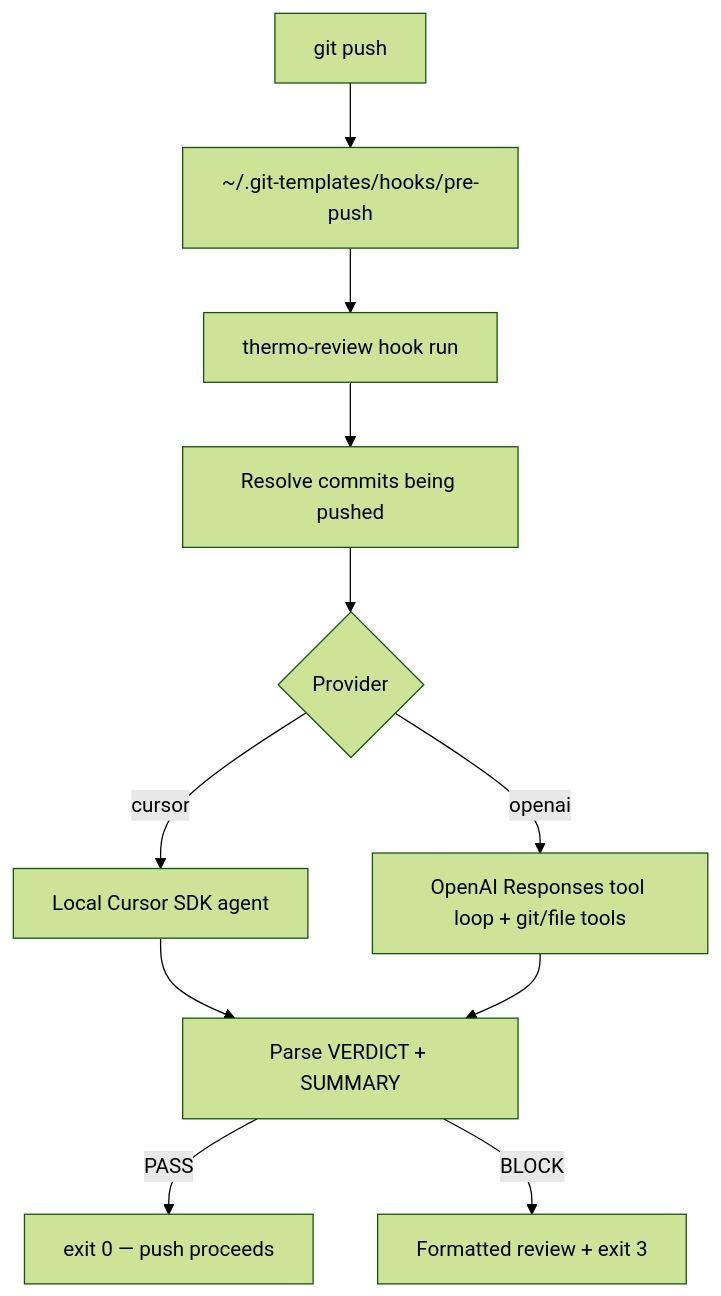
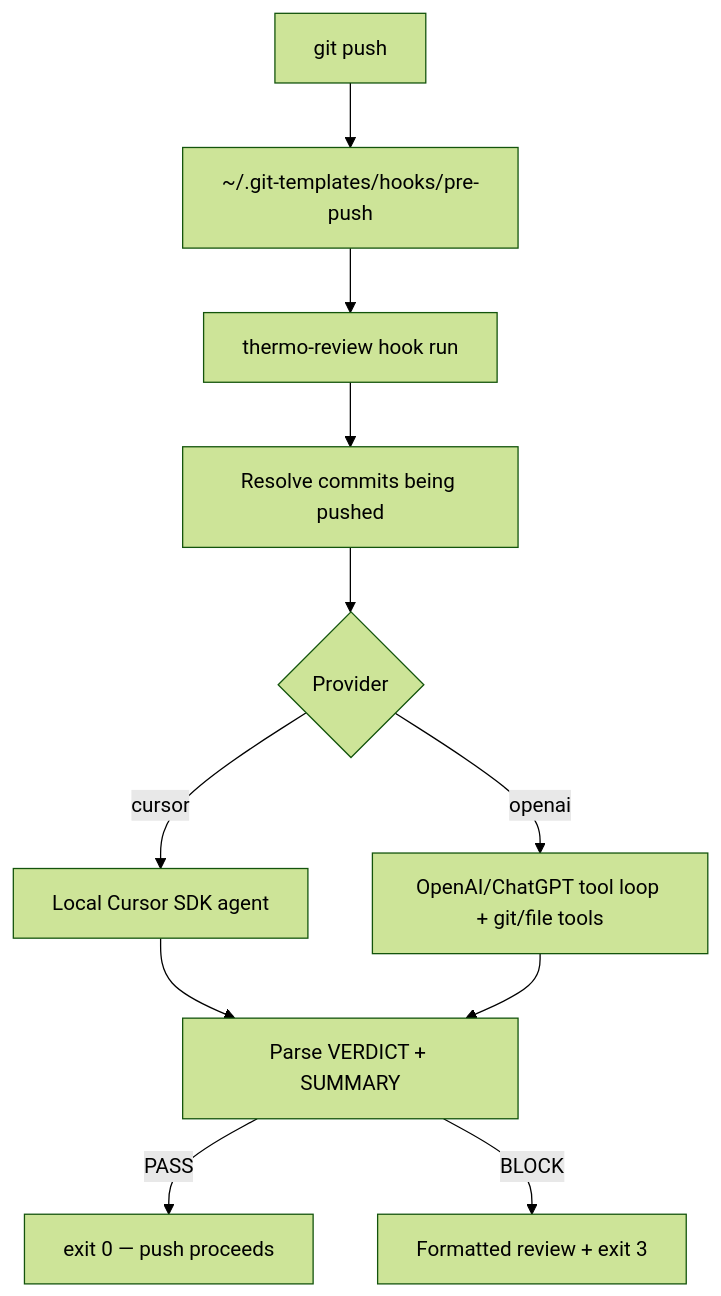
Before and after one commit to ZNZ-systems/tnuk.dev: the diagram in README.md, drawn with Mermaid (forest theme). The commit also changed other lines of this file and 6 other files, not shown here.

````diff
--- a/README.md
+++ b/README.md
@@ -34,13 +34,13 @@
 ```mermaid
 flowchart TD
   gitPush[git push] --> prePushHook["~/.git-templates/hooks/pre-push"]
   prePushHook --> cli["thermo-review hook run"]
   cli --> scope[Resolve commits being pushed]
   scope --> backend{Provider}
   backend -->|cursor| cur[Local Cursor SDK agent]
-  backend -->|openai| oai[OpenAI Responses tool loop + git/file tools]
+  backend -->|openai| oai[OpenAI/ChatGPT tool loop + git/file tools]
   cur --> parse[Parse VERDICT + SUMMARY]
   oai --> parse
   parse -->|PASS| allow[exit 0 — push proceeds]
   parse -->|BLOCK| block[Formatted review + exit 3]
 ```
````
